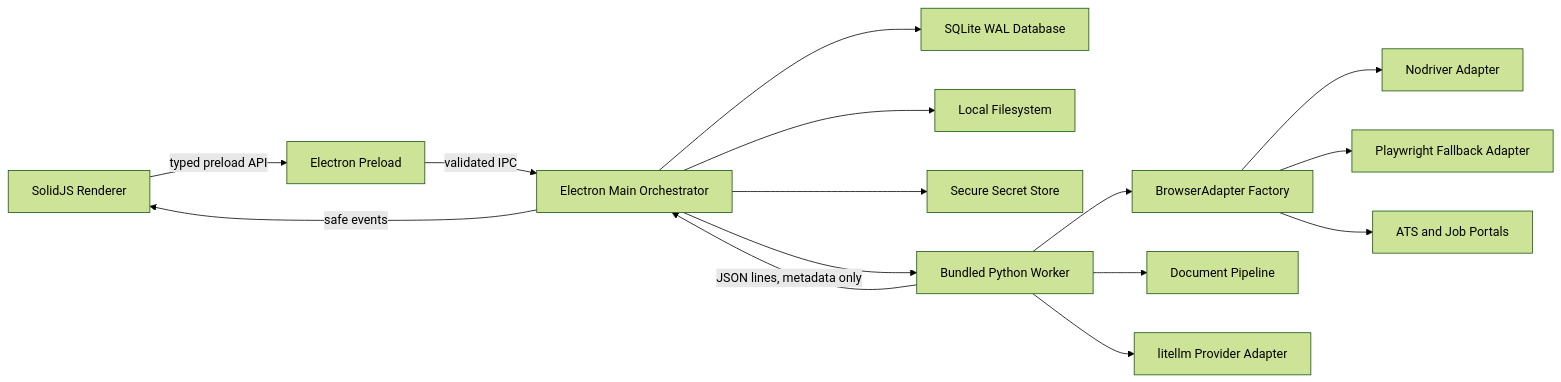
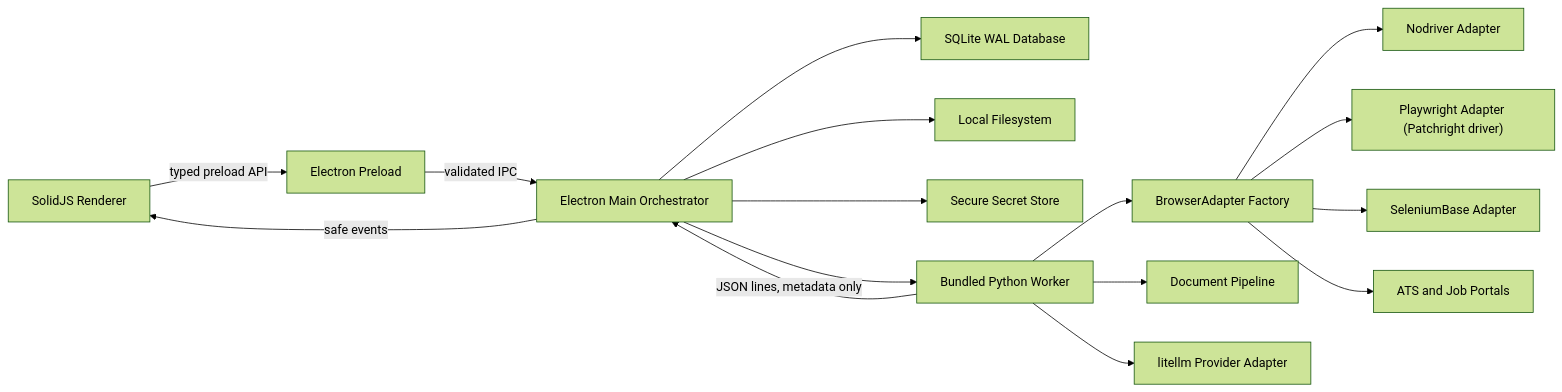
One commit to varunk47/Applyocalypse changed the first of 3 diagrams in docs/architecture.md. Above: the diagram before and after it, drawn with Mermaid (forest theme). The commit also changed other lines of this file and 2 other files, not shown here.

````diff
--- a/docs/architecture.md
+++ b/docs/architecture.md
@@ -14,17 +14,18 @@
 ```mermaid
 flowchart LR
   Renderer["SolidJS Renderer"] -->|typed preload API| Preload["Electron Preload"]
   Preload -->|validated IPC| Main["Electron Main Orchestrator"]
   Main --> SQLite["SQLite WAL Database"]
   Main --> Files["Local Filesystem"]
   Main --> Secrets["Secure Secret Store"]
   Main --> Python["Bundled Python Worker"]
   Python --> Browser["BrowserAdapter Factory"]
   Browser --> Nodriver["Nodriver Adapter"]
-  Browser --> Playwright["Playwright Fallback Adapter"]
+  Browser --> Playwright["Playwright Adapter (Patchright driver)"]
+  Browser --> SeleniumBase["SeleniumBase Adapter"]
   Python --> Docs["Document Pipeline"]
   Python --> LLM["litellm Provider Adapter"]
   Browser --> Portals["ATS and Job Portals"]
   Python -->|JSON lines, metadata only| Main
   Main -->|safe events| Renderer
 ```
````
